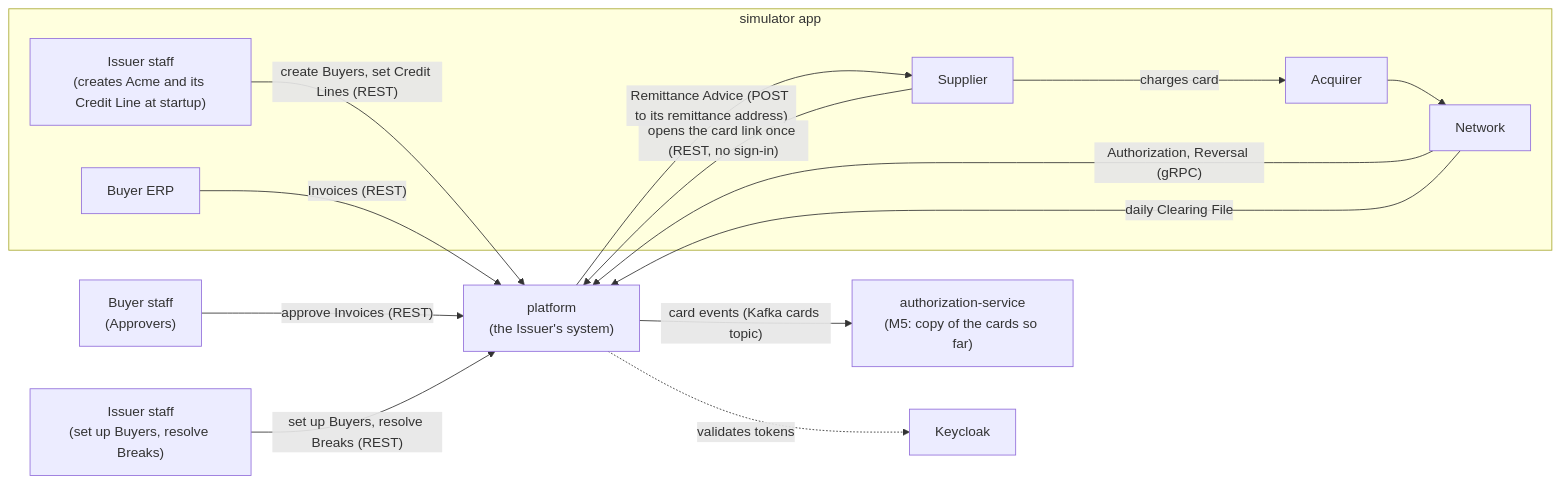
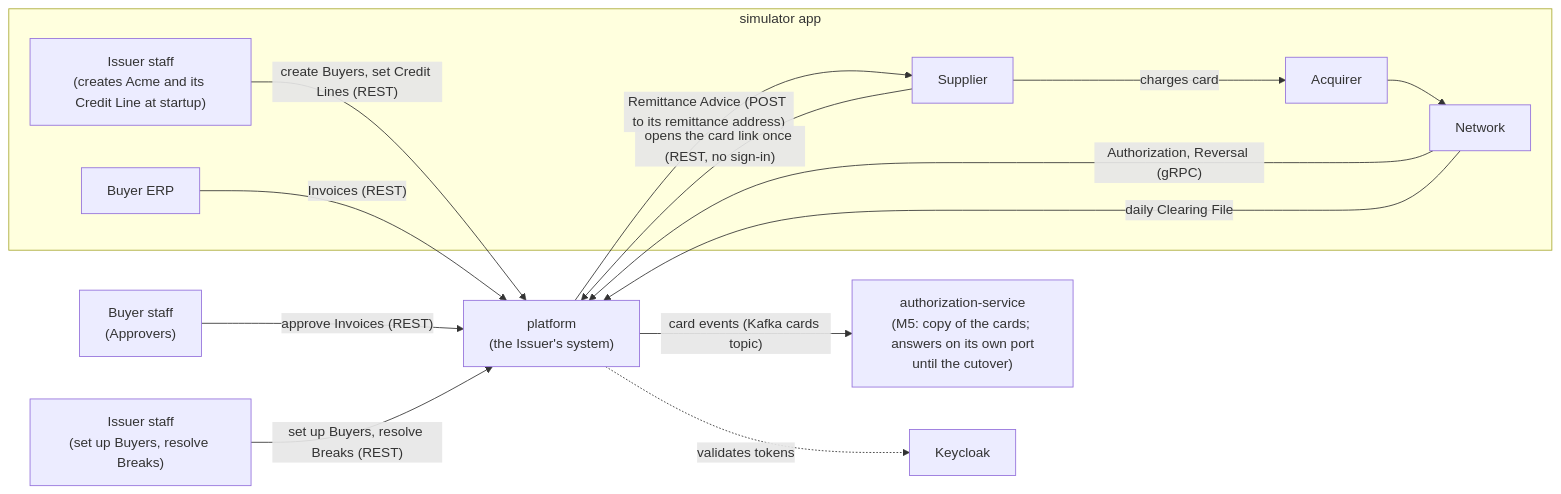
The first of 12 diagrams in docs/architecture.md (rgonzal92/b2b-payments-platform), drawn with Mermaid before and after one commit. The commit also changed other lines of this file and 1 other file, not shown here.

Commit message:
docs: describe the service's reactive Network link and add the Reactor learning page

````diff
--- a/docs/architecture.md
+++ b/docs/architecture.md
@@ -9,28 +9,28 @@
 ```mermaid
 flowchart LR
   buyerStaff["Buyer staff<br/>(Approvers)"]
   issuerStaff["Issuer staff<br/>(set up Buyers, resolve Breaks)"]
   subgraph sim["simulator app"]
     simIssuer["Issuer staff<br/>(creates Acme and its Credit Line at startup)"]
     erp["Buyer ERP"]
     supplier["Supplier"]
     acquirer["Acquirer"]
     network["Network"]
   end
   platform["platform<br/>(the Issuer's system)"]
-  authz["authorization-service<br/>(M5: copy of the cards so far)"]
+  authz["authorization-service<br/>(M5: copy of the cards; answers on its own port<br/>until the cutover)"]
   keycloak["Keycloak"]
 
   simIssuer -- "create Buyers, set Credit Lines (REST)" --> platform
   erp -- "Invoices (REST)" --> platform
   buyerStaff -- "approve Invoices (REST)" --> platform
   issuerStaff -- "set up Buyers, resolve Breaks (REST)" --> platform
   platform -- "Remittance Advice (POST to its remittance address)" --> supplier
   supplier -- "opens the card link once (REST, no sign-in)" --> platform
   supplier -- "charges card" --> acquirer
   acquirer --> network
   network -- "Authorization, Reversal (gRPC)" --> platform
   network -- "daily Clearing File" --> platform
   platform -. "validates tokens" .-> keycloak
   platform -- "card events (Kafka cards topic)" --> authz
 ```
````
